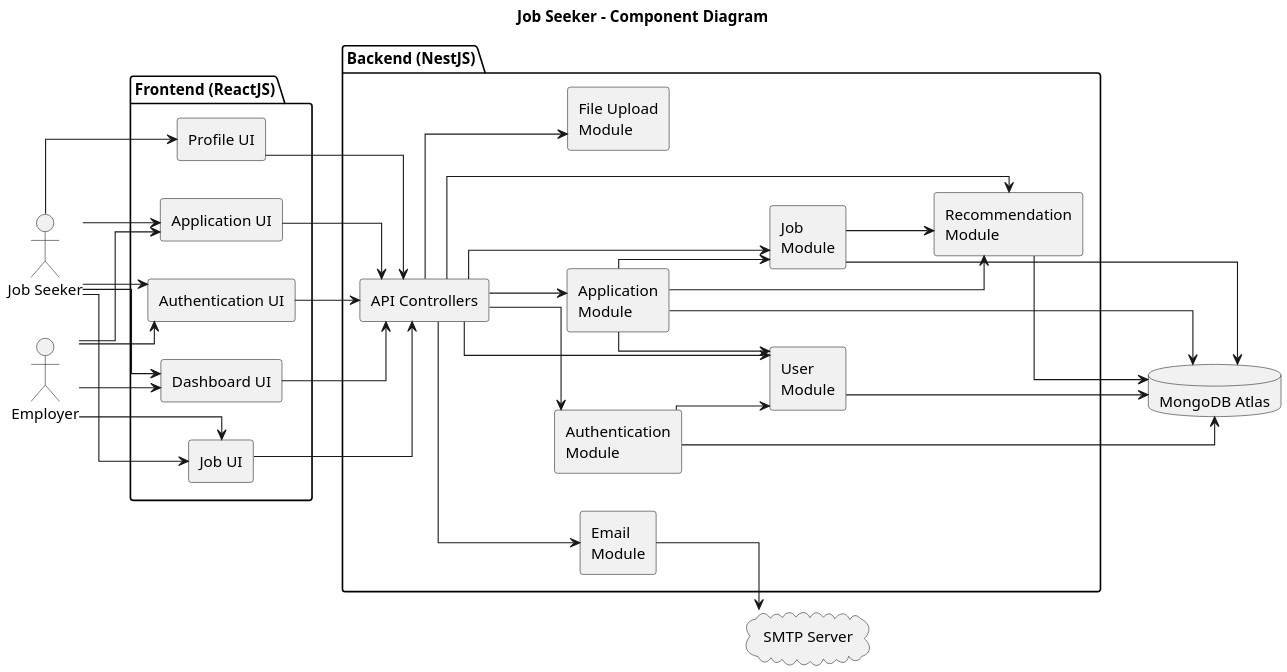
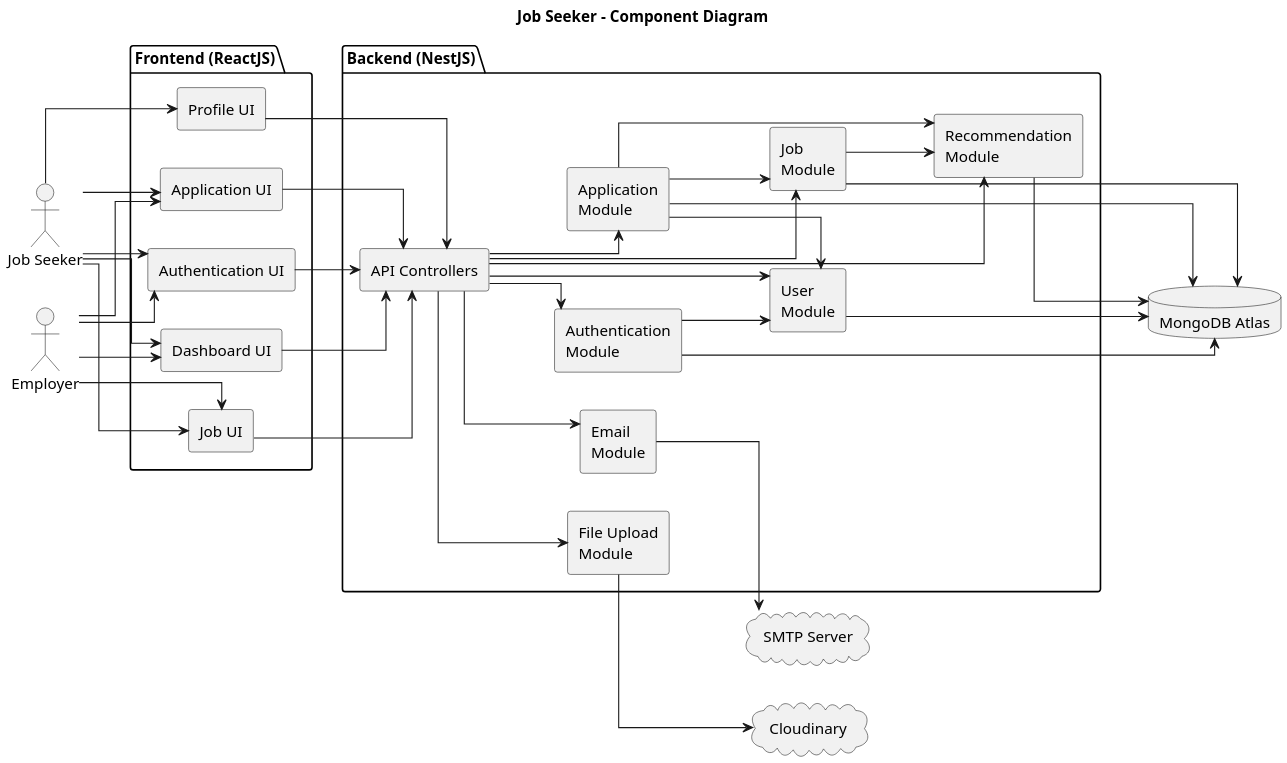
Before and after one commit to azulgautam79/jobseeker-backend-nestjs: the diagram in diagrams/ComponentDiagram.puml, drawn with PlantUML. The commit also changed 2 other files, not shown here.

```diff
--- a/diagrams/ComponentDiagram.puml
+++ b/diagrams/ComponentDiagram.puml
@@ -1,108 +1,107 @@
 @startuml
 title Job Seeker - Component Diagram
 
 left to right direction
 skinparam componentStyle rectangle
 skinparam shadowing false
 skinparam dpi 180
 skinparam linetype ortho
 
 actor "Job Seeker" as JS
 actor "Employer" as EMP
 ' actor "Admin" as ADM
 
 package "Frontend (ReactJS)" {
 
     component "Authentication UI" as AuthUI
     component "Profile UI" as ProfileUI
     component "Job UI" as JobUI
     component "Application UI" as AppUI
     component "Dashboard UI" as DashboardUI
     ' component "Notification UI" as NotificationUI
 }
 
 package "Backend (NestJS)" {
 
     component "API Controllers" as API
 
     component "Authentication\nModule" as AUTH
     component "User\nModule" as USER
     component "Job\nModule" as JOB
     component "Application\nModule" as APP
     component "Recommendation\nModule" as REC
     ' component "Notification\nModule" as NOTI
     ' component "Admin\nModule" as ADMIN
     component "Email\nModule" as EMAIL
     component "File Upload\nModule" as FILE
 }
 
 database "MongoDB Atlas" as DB
 
-' cloud "Cloudinary" as CLOUD
+cloud "Cloudinary" as CLOUD
 cloud "SMTP Server" as SMTP
 
 '---------------- Actors ----------------
 
 JS --> AuthUI
 JS --> ProfileUI
 JS --> JobUI
 JS --> AppUI
 JS --> DashboardUI
 ' JS --> NotificationUI
 
 EMP --> AuthUI
 EMP --> DashboardUI
 EMP --> JobUI
 EMP --> AppUI
 ' EMP --> NotificationUI
 
 ' ADM --> DashboardUI
 
 '---------------- Frontend ----------------
 
 AuthUI --> API
 ProfileUI --> API
 JobUI --> API
 AppUI --> API
 DashboardUI --> API
 ' NotificationUI --> API
 
 '---------------- API ----------------
 
 API --> AUTH
 API --> USER
 API --> JOB
 API --> APP
 API --> REC
 ' API --> NOTI
 ' API --> ADMIN
 API --> EMAIL
 API --> FILE
 
 '---------------- Internal ----------------
 
 AUTH --> USER
 
 APP --> JOB
 APP --> USER
 APP --> REC
-' APP --> NOTI
 
 JOB --> REC
 
 ' NOTI --> EMAIL
 
-' FILE --> CLOUD
+'---------------- External Services ----------------
+
+FILE --> CLOUD
 EMAIL --> SMTP
 
 '---------------- Database ----------------
 
 AUTH --> DB
 USER --> DB
 JOB --> DB
 APP --> DB
 REC --> DB
-' NOTI --> DB
-' ADMIN --> DB
 
 @enduml
```
